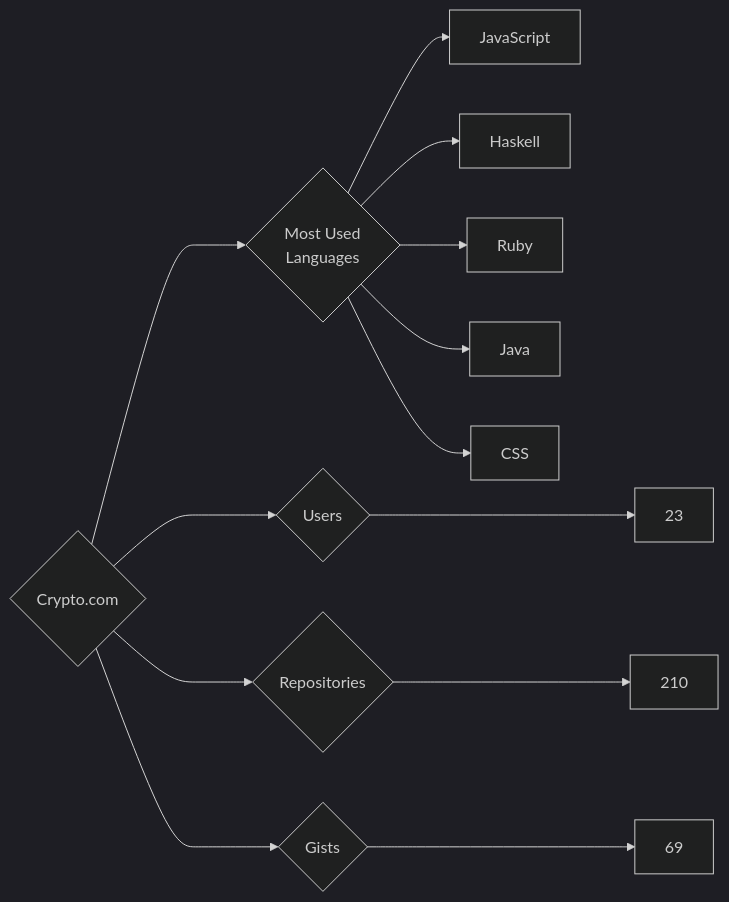
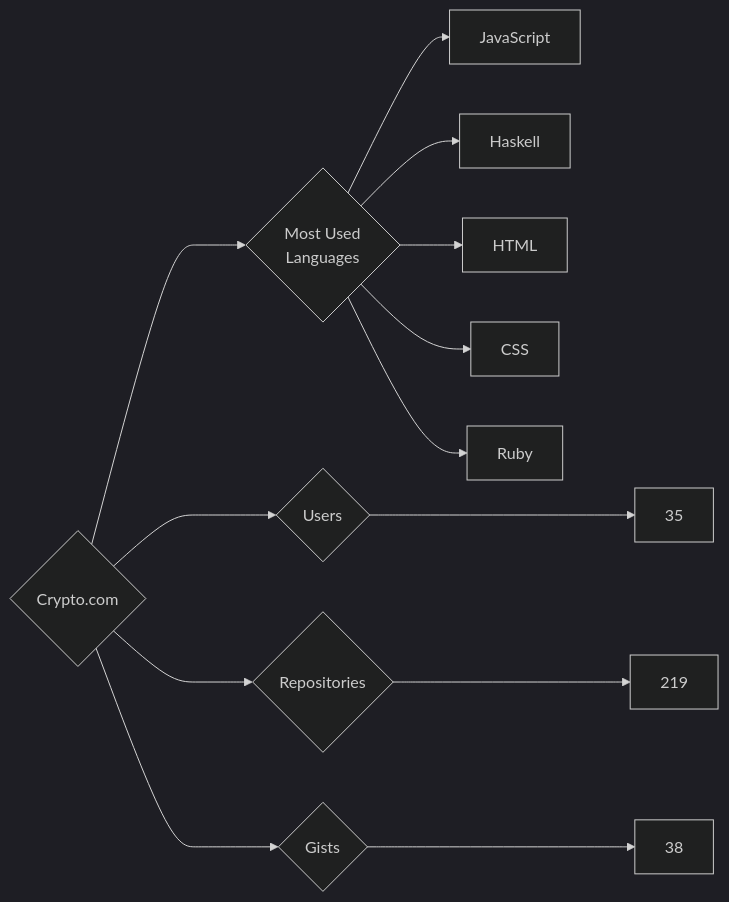
One commit to trickest/insiders changed the diagram in targets/Crypto.com/README.md. Above: the diagram before and after it, drawn with Mermaid (dark theme). The commit also changed 721 other files, not shown here.

````diff
--- a/targets/Crypto.com/README.md
+++ b/targets/Crypto.com/README.md
@@ -3,13 +3,13 @@
 ```mermaid
 graph LR
 COMPANY_NAME{Crypto.com}
-COMPANY_NAME ---> U{Users} ---> UN[23]
-COMPANY_NAME ---> R{Repositories} ---> RN[210]
-COMPANY_NAME ---> G{Gists} ---> GN[69]
+COMPANY_NAME ---> U{Users} ---> UN[35]
+COMPANY_NAME ---> R{Repositories} ---> RN[219]
+COMPANY_NAME ---> G{Gists} ---> GN[38]
 COMPANY_NAME ---> ML{Most Used<br>Languages}
 ML --> JavaScript[JavaScript]
 ML --> Haskell[Haskell]
+ML --> HTML[HTML]
+ML --> CSS[CSS]
 ML --> Ruby[Ruby]
-ML --> Java[Java]
-ML --> CSS[CSS]
 ```
````
